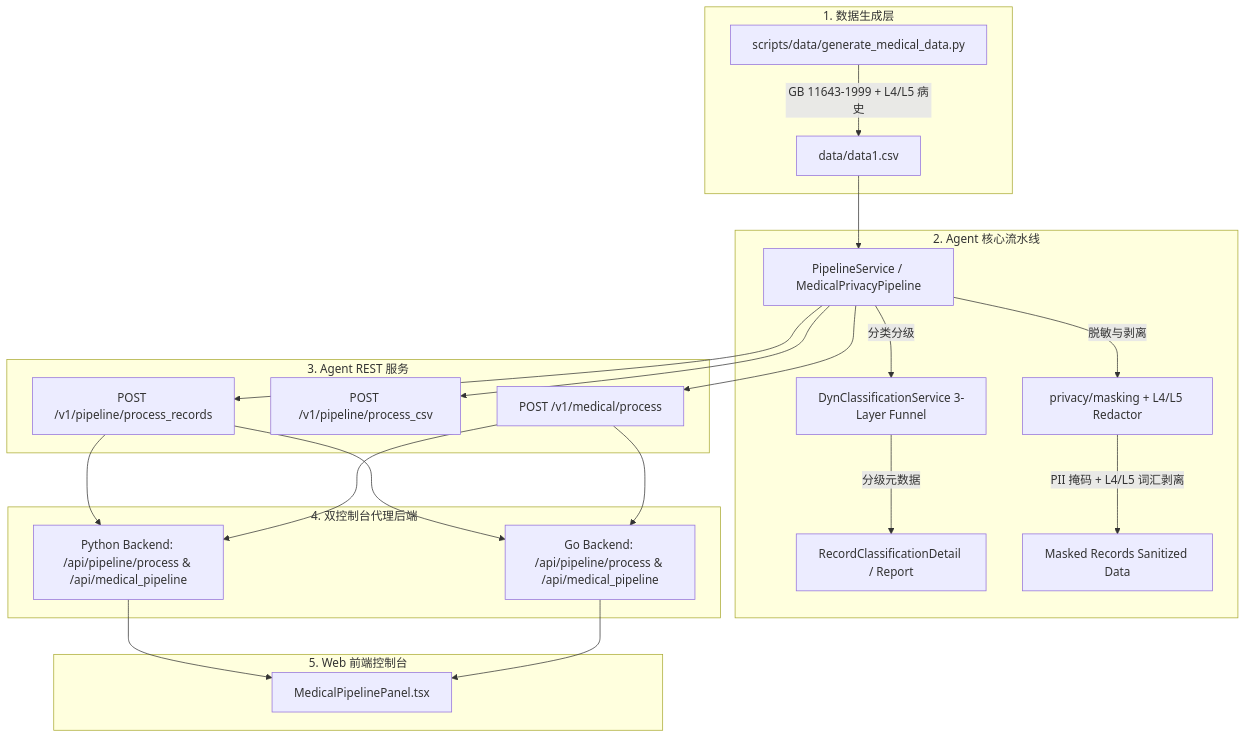
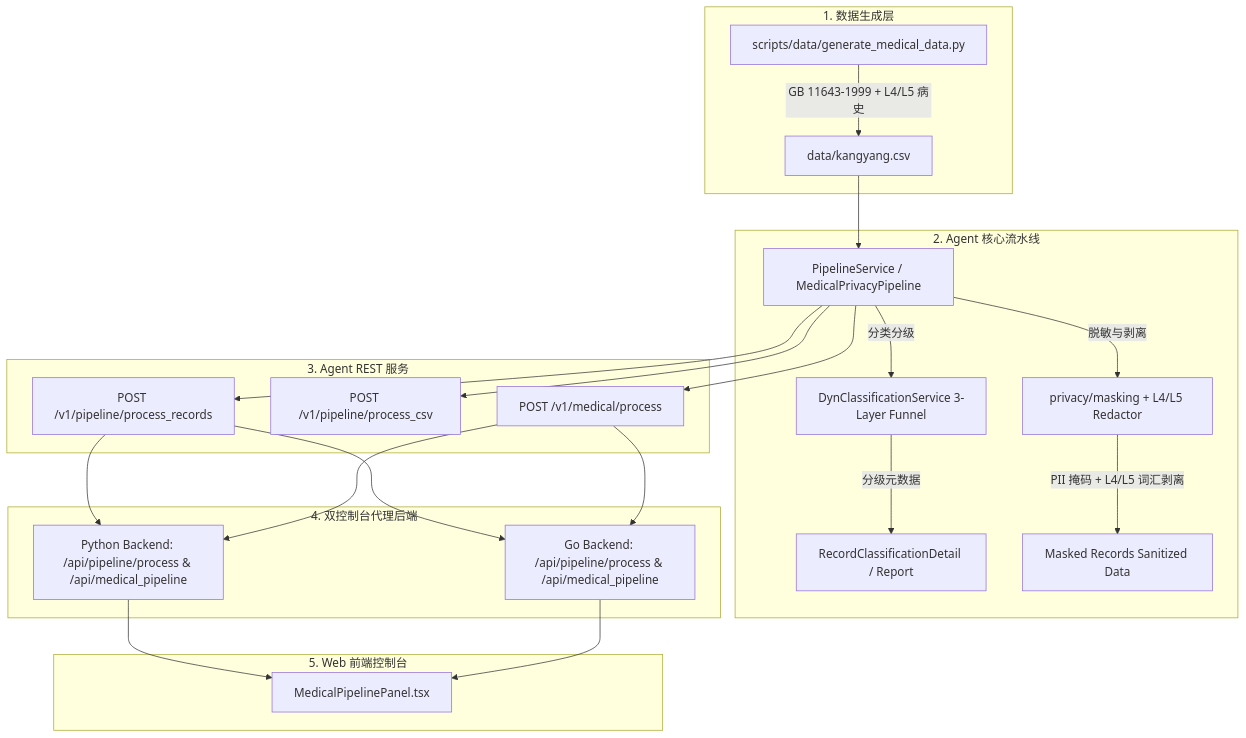
The diagram in docs/pipeline/design.md (fengzhizi319/PrivShield), drawn with Mermaid before and after one commit. The commit also changed other lines of this file and 24 other files, not shown here.

Commit message:
refactor: 将医疗样例数据集 data1.csv 重命名为 kangyang.csv（康养）

````diff
--- a/docs/pipeline/design.md
+++ b/docs/pipeline/design.md
@@ -13,29 +13,29 @@
 ```mermaid
 flowchart TD
     subgraph DataGen [1. 数据生成层]
-        SG[scripts/data/generate_medical_data.py] -->|GB 11643-1999 + L4/L5 病史| CSV[data/data1.csv]
+        SG[scripts/data/generate_medical_data.py] -->|GB 11643-1999 + L4/L5 病史| CSV[data/kangyang.csv]
     end
 
     subgraph CorePipeline [2. Agent 核心流水线]
         CSV --> PS[PipelineService / MedicalPrivacyPipeline]
         PS -->|分类分级| DC[DynClassificationService 3-Layer Funnel]
         DC -->|分级元数据| CR[RecordClassificationDetail / Report]
         PS -->|脱敏与剥离| MS[privacy/masking + L4/L5 Redactor]
         MS -->|PII 掩码 + L4/L5 词汇剥离| SD[Masked Records Sanitized Data]
     end
 
     subgraph AgentAPI [3. Agent REST 服务]
         PS --> R1[POST /v1/pipeline/process_records]
         PS --> R2[POST /v1/pipeline/process_csv]
         PS --> R3[POST /v1/medical/process]
     end
 
     subgraph BackendProxy [4. 双控制台代理后端]
         R1 & R3 --> PyB[Python Backend: /api/pipeline/process & /api/medical_pipeline]
         R1 & R3 --> GoB[Go Backend: /api/pipeline/process & /api/medical_pipeline]
     end
 
     subgraph WebUI [5. Web 前端控制台]
         PyB & GoB --> UI[MedicalPipelinePanel.tsx]
     end
 ```
````
